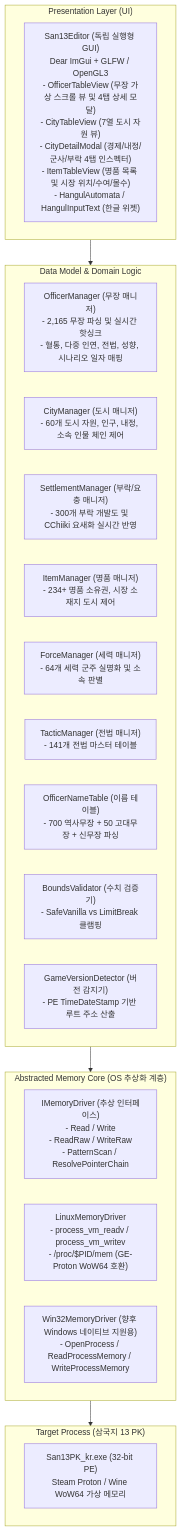
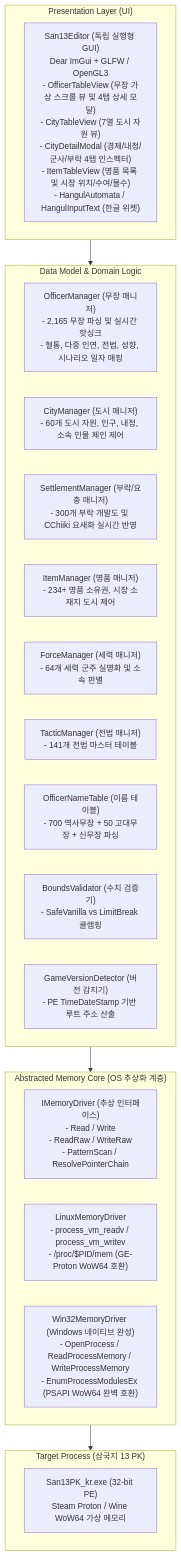
The diagram in docs/specs/ARCHITECTURE.md (Vampirk/san13-editor), drawn with Mermaid before and after one commit. The commit also changed other lines of this file and 6 other files, not shown here.

````diff
--- a/docs/specs/ARCHITECTURE.md
+++ b/docs/specs/ARCHITECTURE.md
@@ -12,32 +12,32 @@
 ```mermaid
 flowchart TD
     subgraph Presentation ["Presentation Layer (UI)"]
         UI_Standalone["San13Editor (독립 실행형 GUI)<br/>Dear ImGui + GLFW / OpenGL3<br/>- OfficerTableView (무장 가상 스크롤 뷰 및 4탭 상세 모달)<br/>- CityTableView (7열 도시 자원 뷰)<br/>- CityDetailModal (경제/내정/군사/부락 4탭 인스펙터)<br/>- ItemTableView (명품 목록 및 시장 위치/수여/몰수)<br/>- HangulAutomata / HangulInputText (한글 위젯)"]
     end
 
     subgraph DataModel ["Data Model & Domain Logic"]
         DM_Officer["OfficerManager (무장 매니저)<br/>- 2,165 무장 파싱 및 실시간 핫싱크<br/>- 혈통, 다중 인연, 전법, 성향, 시나리오 일자 매핑"]
         DM_City["CityManager (도시 매니저)<br/>- 60개 도시 자원, 인구, 내정, 소속 인물 체인 제어"]
         DM_Settlement["SettlementManager (부락/요충 매니저)<br/>- 300개 부락 개발도 및 CChiiki 요새화 실시간 반영"]
         DM_Item["ItemManager (명품 매니저)<br/>- 234+ 명품 소유권, 시장 소재지 도시 제어"]
         DM_Force["ForceManager (세력 매니저)<br/>- 64개 세력 군주 실명화 및 소속 판별"]
         DM_Tactic["TacticManager (전법 매니저)<br/>- 141개 전법 마스터 테이블"]
         DM_Names["OfficerNameTable (이름 테이블)<br/>- 700 역사무장 + 50 고대무장 + 신무장 파싱"]
         DM_Bounds["BoundsValidator (수치 검증기)<br/>- SafeVanilla vs LimitBreak 클램핑"]
         DM_Version["GameVersionDetector (버전 감지기)<br/>- PE TimeDateStamp 기반 루트 주소 산출"]
     end
 
     subgraph MemoryCore ["Abstracted Memory Core (OS 추상화 계층)"]
         IMem["IMemoryDriver (추상 인터페이스)<br/>- Read<T> / Write<T><br/>- ReadRaw / WriteRaw<br/>- PatternScan / ResolvePointerChain"]
         Driver_Linux["LinuxMemoryDriver<br/>- process_vm_readv / process_vm_writev<br/>- /proc/$PID/mem (GE-Proton WoW64 호환)"]
-        Driver_Win["Win32MemoryDriver (향후 Windows 네이티브 지원용)<br/>- OpenProcess / ReadProcessMemory / WriteProcessMemory"]
+        Driver_Win["Win32MemoryDriver (Windows 네이티브 완성)<br/>- OpenProcess / ReadProcessMemory / WriteProcessMemory<br/>- EnumProcessModulesEx (PSAPI WoW64 완벽 호환)"]
     end
 
     subgraph TargetGame ["Target Process (삼국지 13 PK)"]
         Game["San13PK_kr.exe (32-bit PE)<br/>Steam Proton / Wine WoW64 가상 메모리"]
     end
 
     Presentation --> DataModel
     DataModel --> MemoryCore
     MemoryCore --> TargetGame
 ```
````
